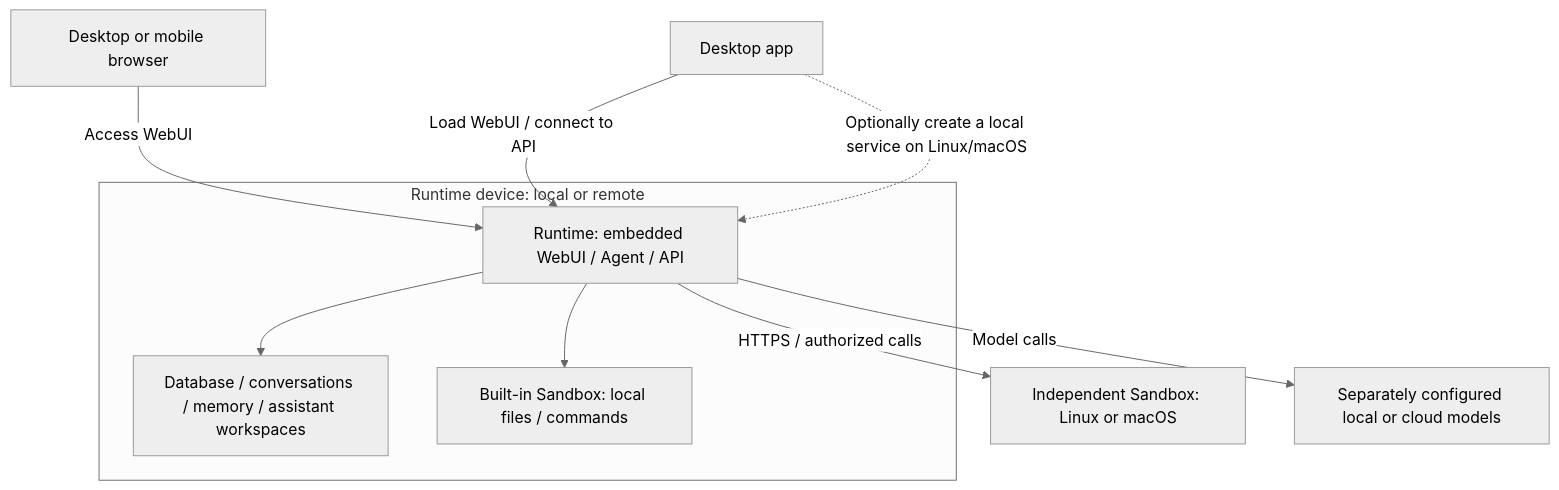
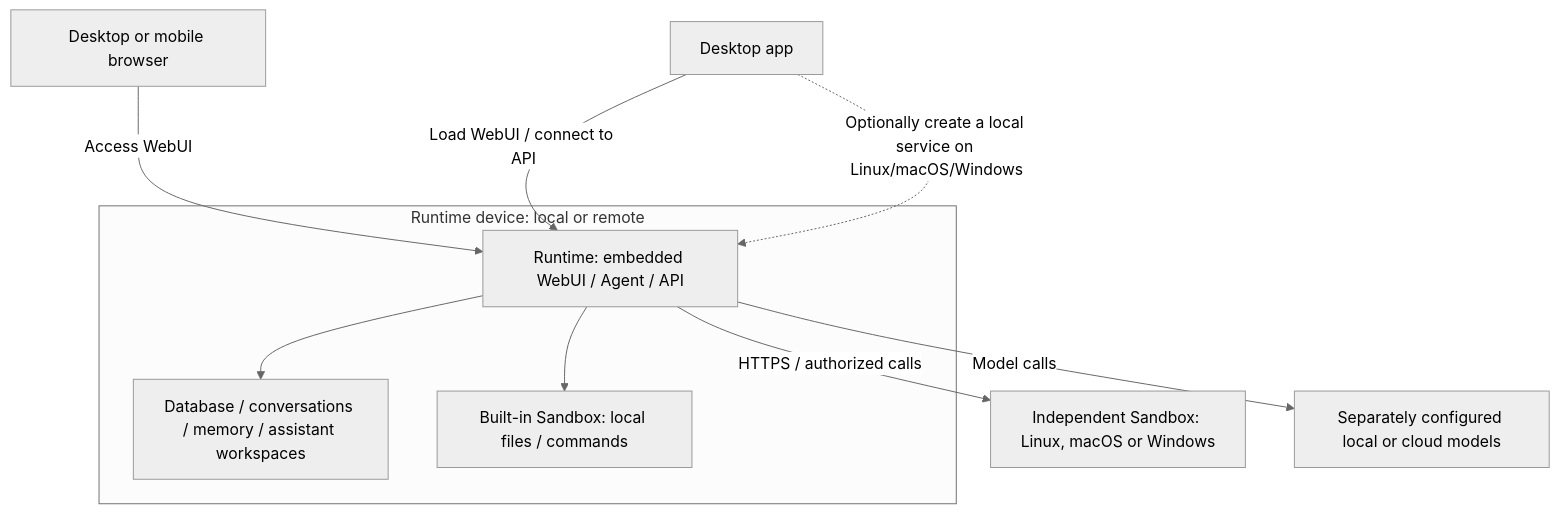
The diagram in docs/en/admin/deployment/installation.md (molr-ai/molr), drawn with Mermaid (neutral theme) before and after one commit. The commit also changed other lines of this file and 12 other files, not shown here.

````diff
--- a/docs/en/admin/deployment/installation.md
+++ b/docs/en/admin/deployment/installation.md
@@ -18,15 +18,15 @@
 ```mermaid
 flowchart TB
     Browser[Desktop or mobile browser] -->|Access WebUI| Runtime
     Desktop[Desktop app] -->|Load WebUI / connect to API| Runtime
-    Desktop -.->|Optionally create a local service on Linux/macOS| Runtime
+    Desktop -.->|Optionally create a local service on Linux/macOS/Windows| Runtime
     subgraph Host[Runtime device: local or remote]
         Runtime[Runtime: embedded WebUI / Agent / API]
         Data[Database / conversations / memory / assistant workspaces]
         Local[Built-in Sandbox: local files / commands]
         Runtime --> Data
         Runtime --> Local
     end
-    Runtime -->|HTTPS / authorized calls| Remote[Independent Sandbox: Linux or macOS]
+    Runtime -->|HTTPS / authorized calls| Remote[Independent Sandbox: Linux, macOS or Windows]
     Runtime -->|Model calls| Model[Separately configured local or cloud models]
 ```
````
